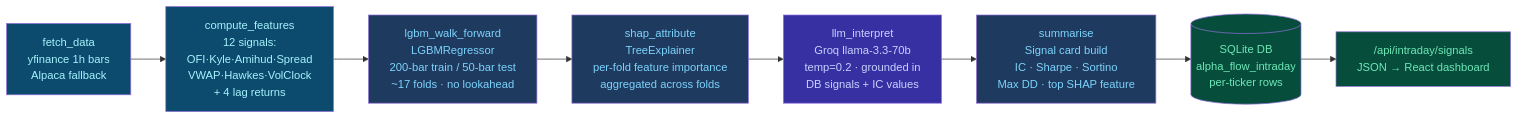
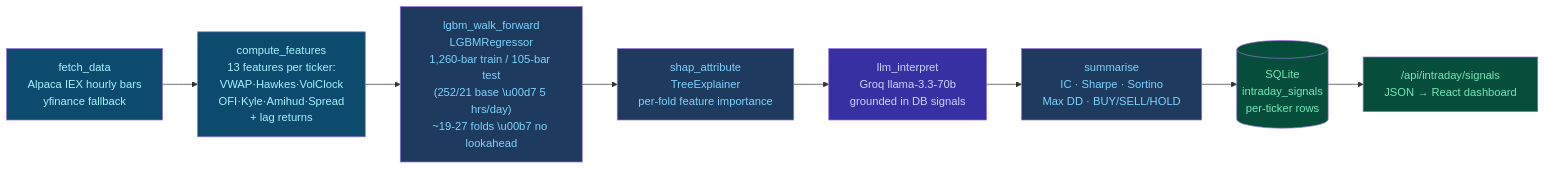
The second of 4 diagrams in docs/ARCHITECTURE.md (Breeganzo/AlphaFlow), drawn with Mermaid before and after one commit. The commit also changed other lines of this file and 82 other files, not shown here.

````diff
--- a/docs/ARCHITECTURE.md
+++ b/docs/ARCHITECTURE.md
@@ -75,22 +95,22 @@
 ```mermaid
 graph LR
-    A["fetch_data\nyfinance 1h bars\nAlpaca fallback"]
-    B["compute_features\n12 signals:\nOFI·Kyle·Amihud·Spread\nVWAP·Hawkes·VolClock\n+ 4 lag returns"]
-    C["lgbm_walk_forward\nLGBMRegressor\n200-bar train / 50-bar test\n~17 folds · no lookahead"]
-    D["shap_attribute\nTreeExplainer\nper-fold feature importance\naggregated across folds"]
-    E["llm_interpret\nGroq llama-3.3-70b\ntemp=0.2 · grounded in\nDB signals + IC values"]
-    F["summarise\nSignal card build\nIC · Sharpe · Sortino\nMax DD · top SHAP feature"]
-    G[("SQLite DB\nalpha_flow_intraday\nper-ticker rows")]
+    A["fetch_data\nAlpaca IEX hourly bars\nyfinance fallback"]
+    B["compute_features\n13 features per ticker:\nVWAP·Hawkes·VolClock\nOFI·Kyle·Amihud·Spread\n+ lag returns"]
+    C["lgbm_walk_forward\nLGBMRegressor\n1,260-bar train / 105-bar test\n(252/21 base \u00d7 5 hrs/day)\n~19-27 folds \u00b7 no lookahead"]
+    D["shap_attribute\nTreeExplainer\nper-fold feature importance"]
+    E["llm_interpret\nGroq llama-3.3-70b\ngrounded in DB signals"]
+    F["summarise\nIC · Sharpe · Sortino\nMax DD · BUY/SELL/HOLD"]
+    G[("SQLite\nintraday_signals\nper-ticker rows")]
     H["/api/intraday/signals\nJSON → React dashboard"]
 
     A --> B --> C --> D --> E --> F --> G --> H
 
     style A fill:#0C4A6E,color:#A5F3FC
     style B fill:#0C4A6E,color:#A5F3FC
     style C fill:#1e3a5f,color:#7DD3FC
     style D fill:#1e3a5f,color:#7DD3FC
     style E fill:#3730A3,color:#C7D2FE
     style F fill:#1e3a5f,color:#7DD3FC
     style G fill:#064E3B,color:#6EE7B7
     style H fill:#064E3B,color:#6EE7B7
 ```
````
